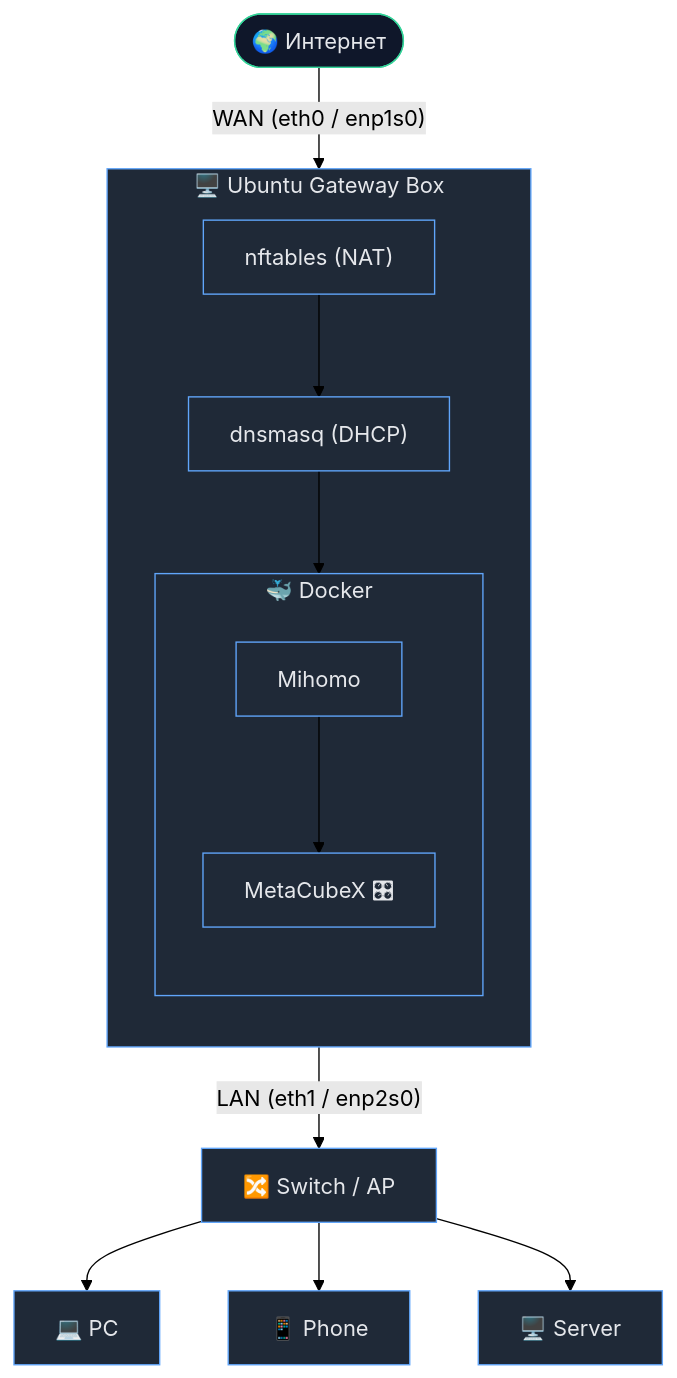
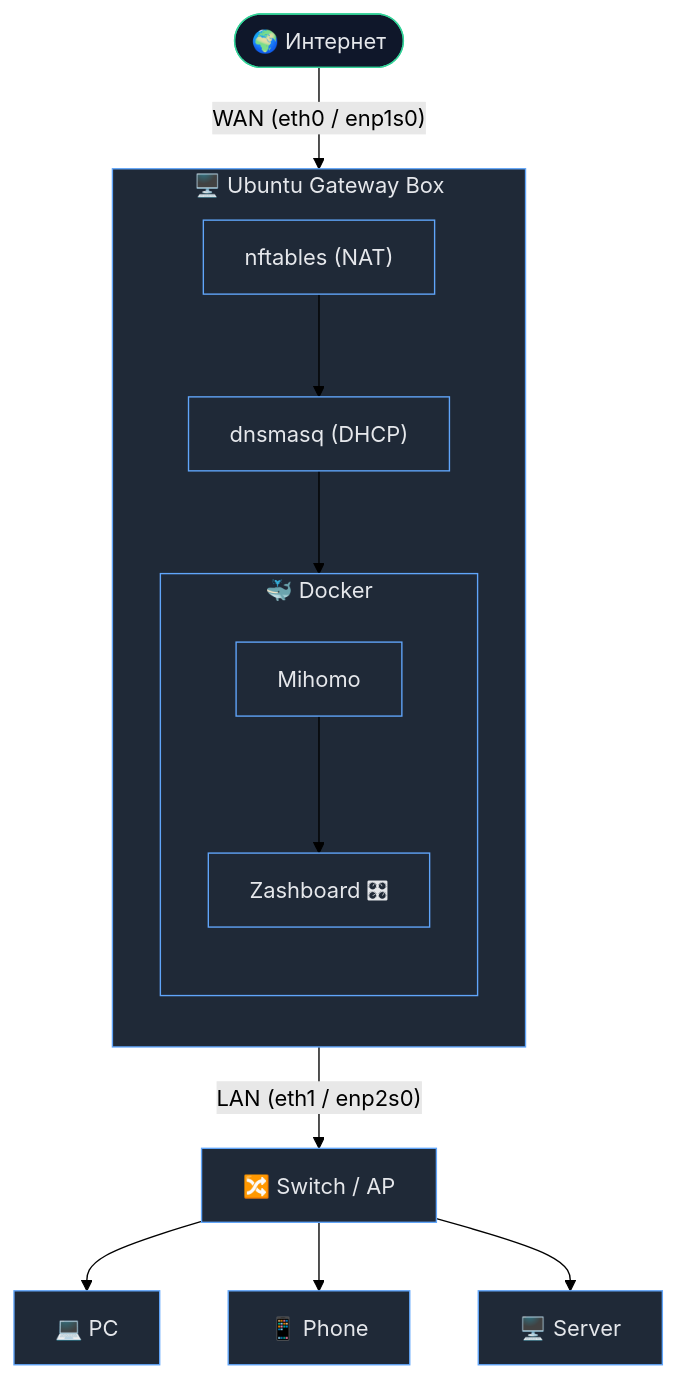
The diagram in README.md (quick-1y/mihomo-gateway), drawn with Mermaid (forest theme) before and after one commit. The commit also changed other lines of this file, not shown here.

````diff
--- a/README.md
+++ b/README.md
@@ -9,37 +9,37 @@
 ```mermaid
 flowchart TB
     Internet(["🌍 Интернет"])
 
     subgraph GW["🖥️ Ubuntu Gateway Box"]
         direction TB
         NFT["nftables (NAT)"]
         DNS["dnsmasq (DHCP)"]
 
         subgraph DK["🐳 Docker"]
             direction TB
             MH["Mihomo"]
-            MC["MetaCubeX 🎛"]
+            MC["Zashboard 🎛"]
             MH --> MC
         end
 
         NFT --> DNS
         DNS --> DK
     end
 
     SW["🔀 Switch / AP"]
 
     PC["💻 PC"]
     PH["📱 Phone"]
     SRV["🖥️ Server"]
 
     Internet -- "WAN (eth0 / enp1s0)" --> GW
     GW -- "LAN (eth1 / enp2s0)" --> SW
     SW --> PC
     SW --> PH
     SW --> SRV
 
     classDef box fill:#1f2937,stroke:#60a5fa,color:#e5e7eb;
     classDef net fill:#0f172a,stroke:#34d399,color:#e5e7eb;
     class GW,DK,NFT,DNS,MH,MC,SW,PC,PH,SRV box;
     class Internet net;
 ```
````
